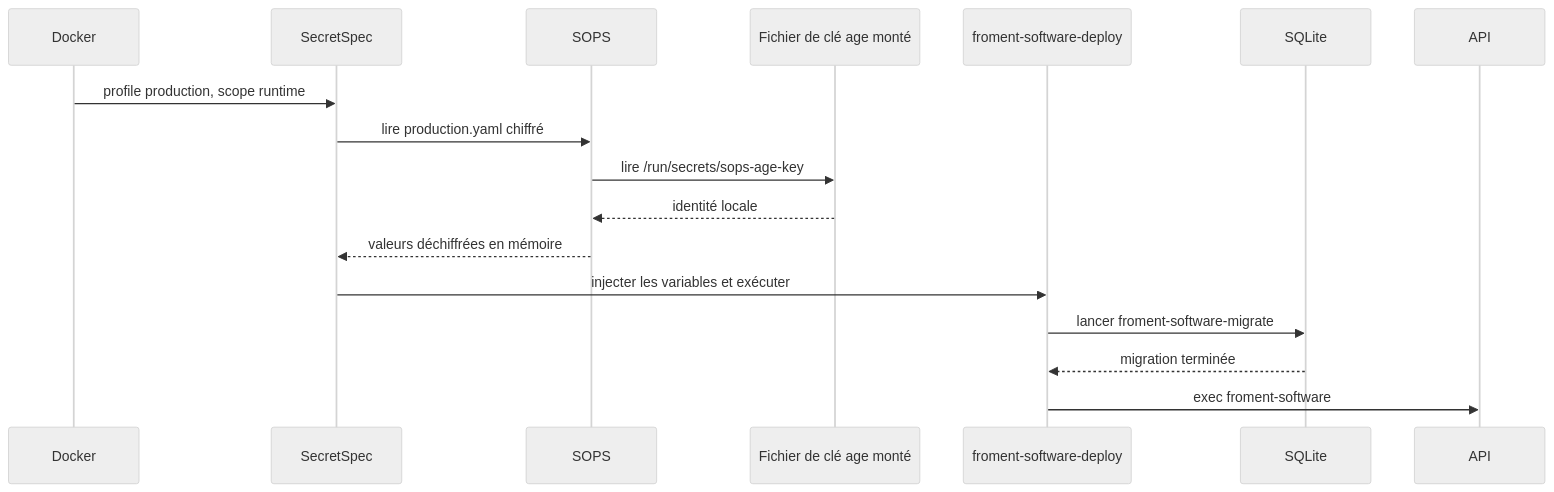
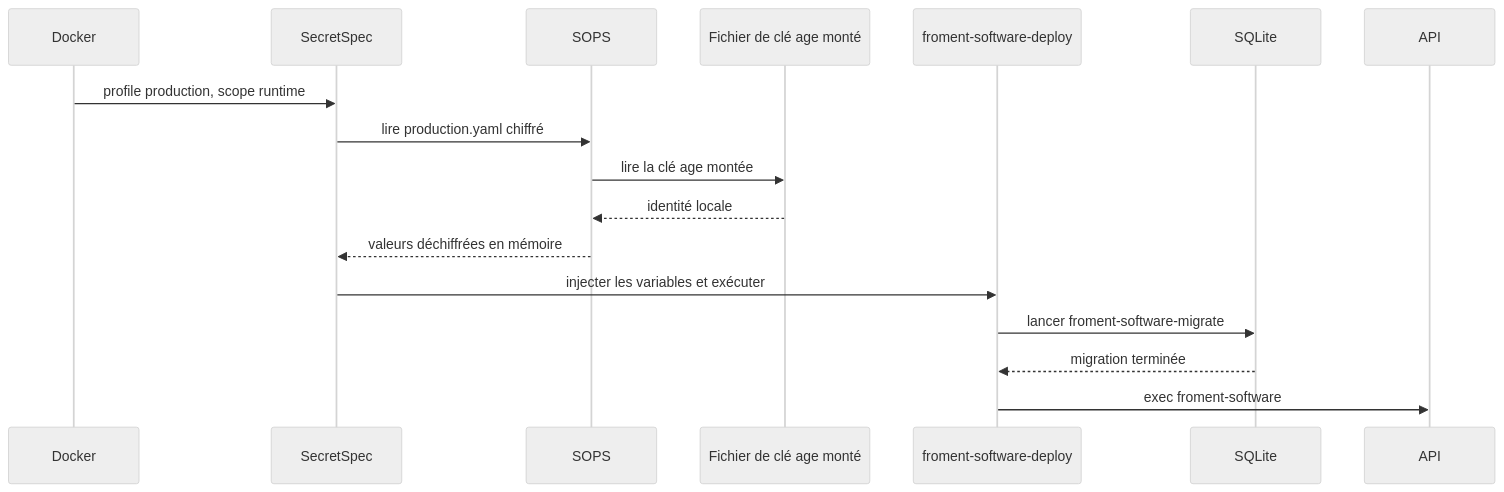
One commit to sachahjkl/froment.software changed the second of 4 diagrams in packages/web/src/app/blog/posts/2026-08-production-observabilite.fr.md. Above: the diagram before and after it, drawn with Mermaid (neutral theme). The commit also changed other lines of this file and 3 other files, not shown here.

````diff
--- a/packages/web/src/app/blog/posts/2026-08-production-observabilite.fr.md
+++ b/packages/web/src/app/blog/posts/2026-08-production-observabilite.fr.md
@@ -96,20 +96,20 @@
 ```mermaid
 sequenceDiagram
   participant Docker
   participant SecretSpec
   participant SOPS
   participant Age as Fichier de clé age monté
   participant Deploy as froment-software-deploy
   participant DB as SQLite
   participant API
 
   Docker->>SecretSpec: profile production, scope runtime
   SecretSpec->>SOPS: lire production.yaml chiffré
-  SOPS->>Age: lire /run/secrets/sops-age-key
+  SOPS->>Age: lire la clé age montée
   Age-->>SOPS: identité locale
   SOPS-->>SecretSpec: valeurs déchiffrées en mémoire
   SecretSpec->>Deploy: injecter les variables et exécuter
   Deploy->>DB: lancer froment-software-migrate
   DB-->>Deploy: migration terminée
   Deploy->>API: exec froment-software
 ```
````
